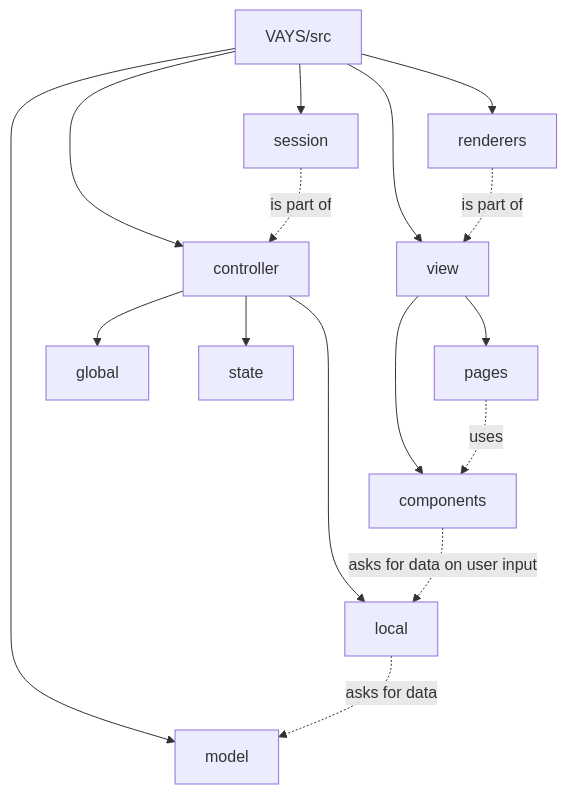
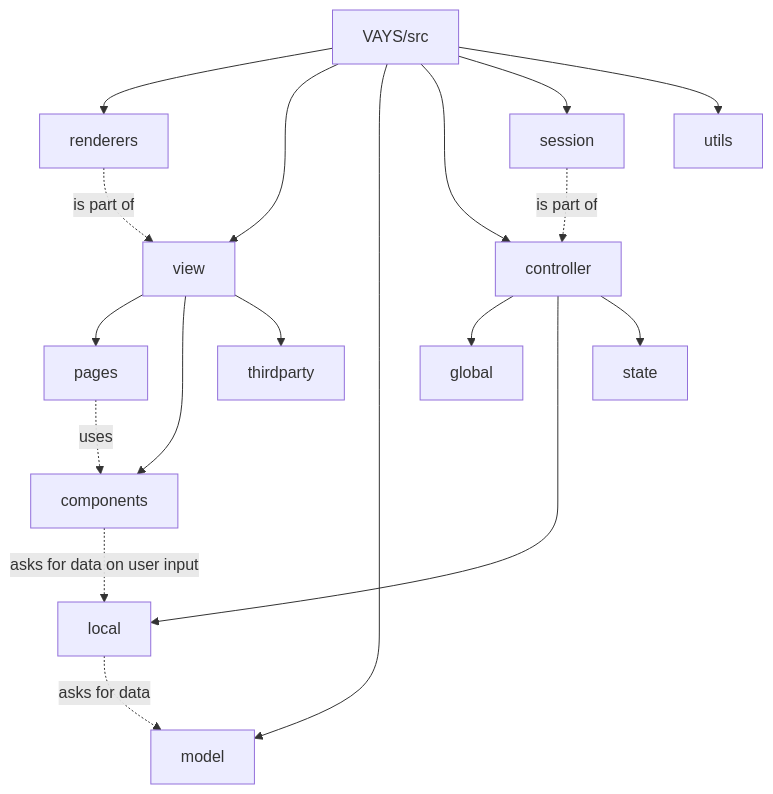
One commit to yac-vays/yac-vays.github.io changed the diagram in vays/devel/arch.md. Above: the diagram before and after it, drawn with Mermaid. The commit also changed other lines of this file and 55 other files, not shown here.

````diff
--- a/vays/devel/arch.md
+++ b/vays/devel/arch.md
@@ -52,22 +55,24 @@
 ```mermaid
 graph TD
     src["VAYS/src"]
     src --> renderers
     src --> view
     src --> model
     src --> controller
     src --> session
+    src --> utils
 
     view --> pages
     view --> components
+    view --> thirdparty
     controller --> global
     controller --> local
     controller --> state
 
     renderers -. "is part of" .-> view
     session -. "is part of" .-> controller
 
     pages -. "uses" .-> components
     local -. "asks for data" .-> model
     components -. "asks for data on user input" .-> local
 ```
````
